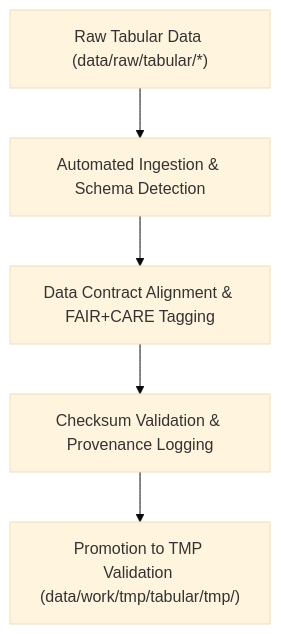
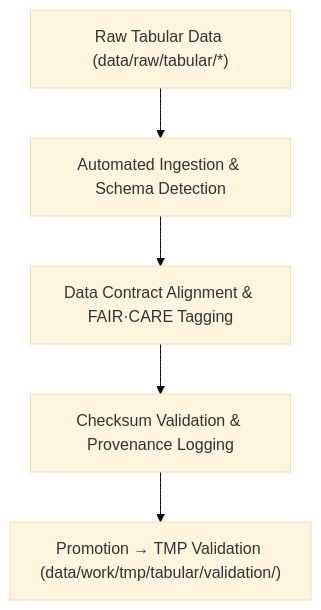
The diagram in data/work/tmp/tabular/intake/README.md (bartytime4life/Kansas-Frontier-Matrix), drawn with Mermaid (base theme) before and after one commit. The commit also changed other lines of this file, not shown here.

````diff
--- a/data/work/tmp/tabular/intake/README.md
+++ b/data/work/tmp/tabular/intake/README.md
@@ -62,7 +65,7 @@
 ```mermaid
 flowchart TD
     A["Raw Tabular Data (data/raw/tabular/*)"] --> B["Automated Ingestion & Schema Detection"]
-    B --> C["Data Contract Alignment & FAIR+CARE Tagging"]
+    B --> C["Data Contract Alignment & FAIR·CARE Tagging"]
     C --> D["Checksum Validation & Provenance Logging"]
-    D --> E["Promotion to TMP Validation (data/work/tmp/tabular/tmp/)"]
+    D --> E["Promotion → TMP Validation (data/work/tmp/tabular/validation/)"]
 ```
````
